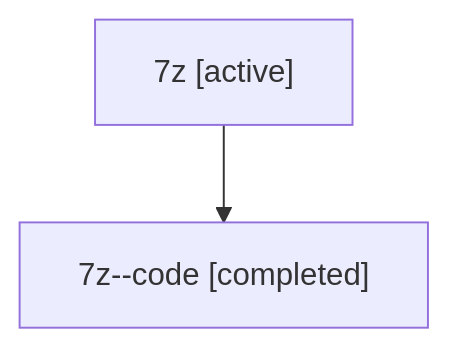
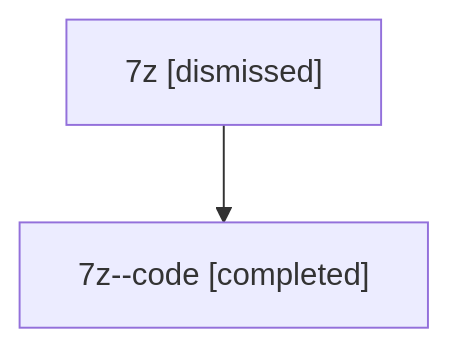
The diagram in sessions/bbugyi200.athena.7z.md (sase-org/sase--agents), drawn with Mermaid before and after one commit. The commit also changed other lines of this file and 31 other files, not shown here.

````diff
--- a/sessions/bbugyi200.athena.7z.md
+++ b/sessions/bbugyi200.athena.7z.md
@@ -9,6 +9,6 @@
 ```mermaid
 flowchart TD
-  n0["7z [active]"]
+  n0["7z [dismissed]"]
   n1["7z--code [completed]"]
   n0 --> n1
 ```
````
